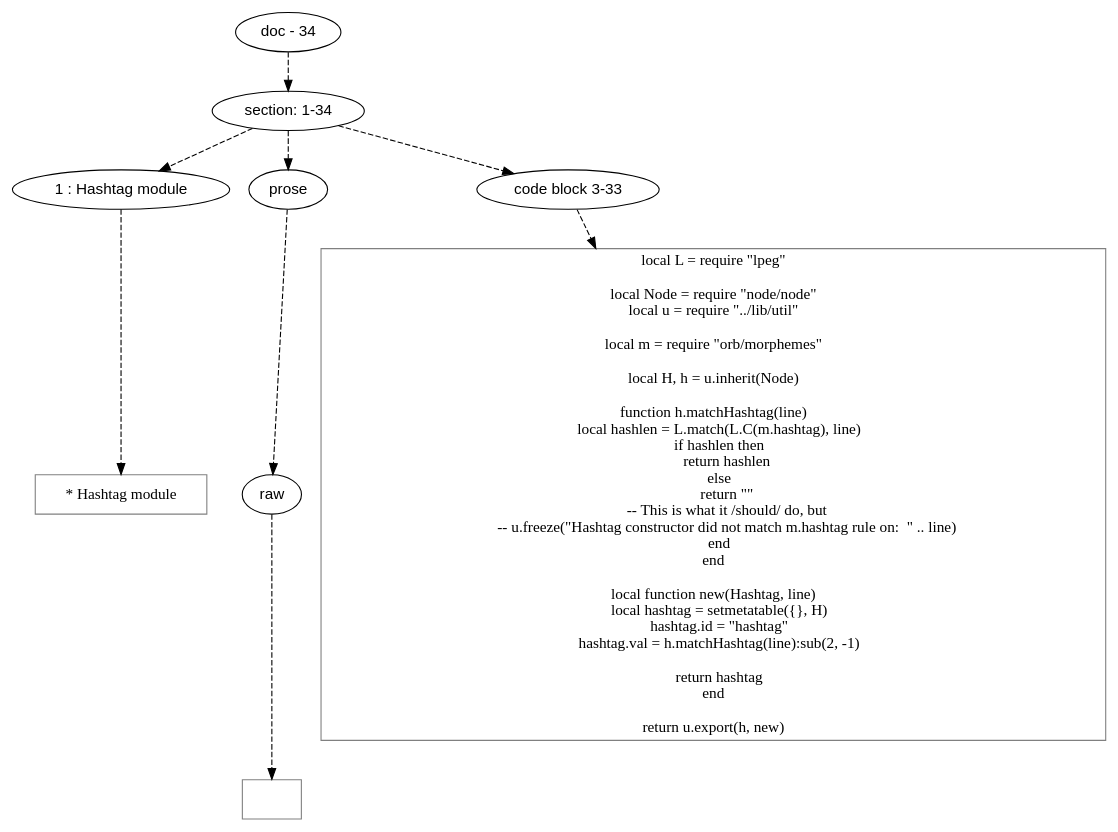
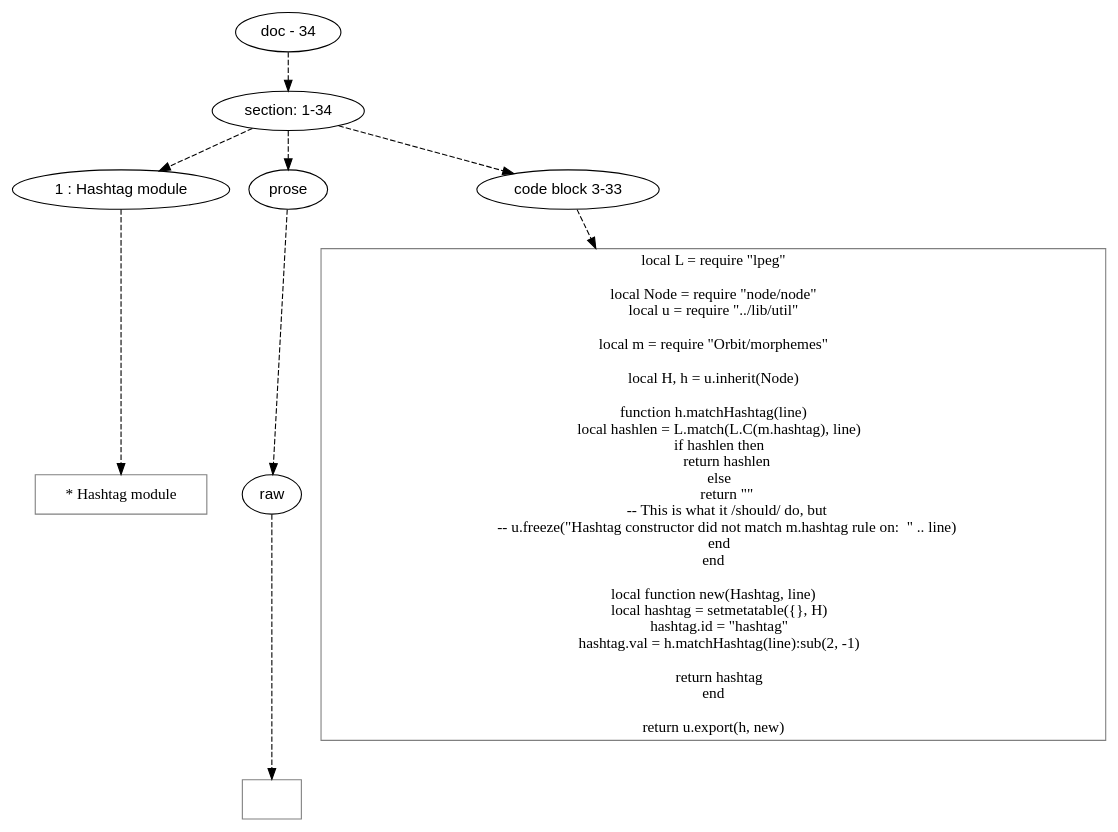
The diagram in doc/dot/grym/hashtag.dot (mnemnion/orb), drawn with Graphviz before and after one commit. The commit also changed 198 other files, not shown here.

```diff
--- a/doc/dot/grym/hashtag.dot
+++ b/doc/dot/grym/hashtag.dot
@@ -1,79 +1,79 @@
 digraph lpegNode {
 
 node [fontname=Helvetica]
 edge [style=dashed]
 
 doc_0 [label="doc - 34"]
 
 
 doc_0 -> { section_1}
 {rank=same; section_1}
 
 section_1 [label="section: 1-34"]
 
 
 // END RANK doc_0
 
 section_1 -> { header_2 prose_3 codeblock_4}
 {rank=same; header_2 prose_3 codeblock_4}
 
 header_2 [label="1 : Hashtag module"]
 
 prose_3 [label="prose"]
 
 codeblock_4 [label="code block 3-33"]
 
 
 // END RANK section_1
 
 header_2 -> leaf_5
 leaf_5  [color=Gray,shape=rectangle,fontname=Inconsolata,label=" * Hashtag module"]
 // END RANK header_2
 
 prose_3 -> { raw_6}
 {rank=same; raw_6}
 
 raw_6 [label="raw"]
 
 
 // END RANK prose_3
 
 raw_6 -> leaf_7
 leaf_7  [color=Gray,shape=rectangle,fontname=Inconsolata,label="
 "]
 // END RANK raw_6
 
 codeblock_4 -> leaf_8
 leaf_8  [color=Gray,shape=rectangle,fontname=Inconsolata,label="local L = require \"lpeg\"
 
 local Node = require \"node/node\"
 local u = require \"../lib/util\"
 
-local m = require \"orb/morphemes\"
+local m = require \"Orbit/morphemes\"
 
 local H, h = u.inherit(Node)
 
 function h.matchHashtag(line)
     local hashlen = L.match(L.C(m.hashtag), line)
     if hashlen then
         return hashlen
     else
         return \"\"
         -- This is what it /should/ do, but
         -- u.freeze(\"Hashtag constructor did not match m.hashtag rule on:  \" .. line)
     end
 end
 
 local function new(Hashtag, line)
     local hashtag = setmetatable({}, H)
     hashtag.id = \"hashtag\"
     hashtag.val = h.matchHashtag(line):sub(2, -1)
 
     return hashtag
 end
 
 return u.export(h, new)"]
 // END RANK codeblock_4
 
 
 }
```
